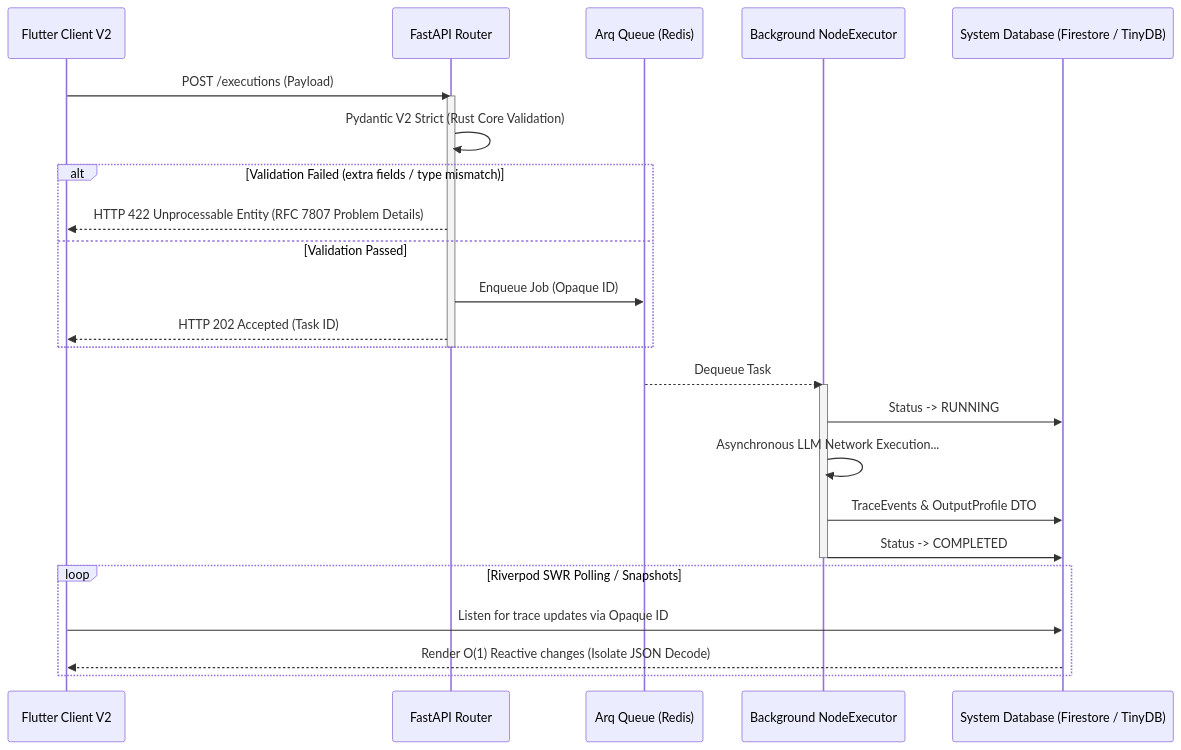
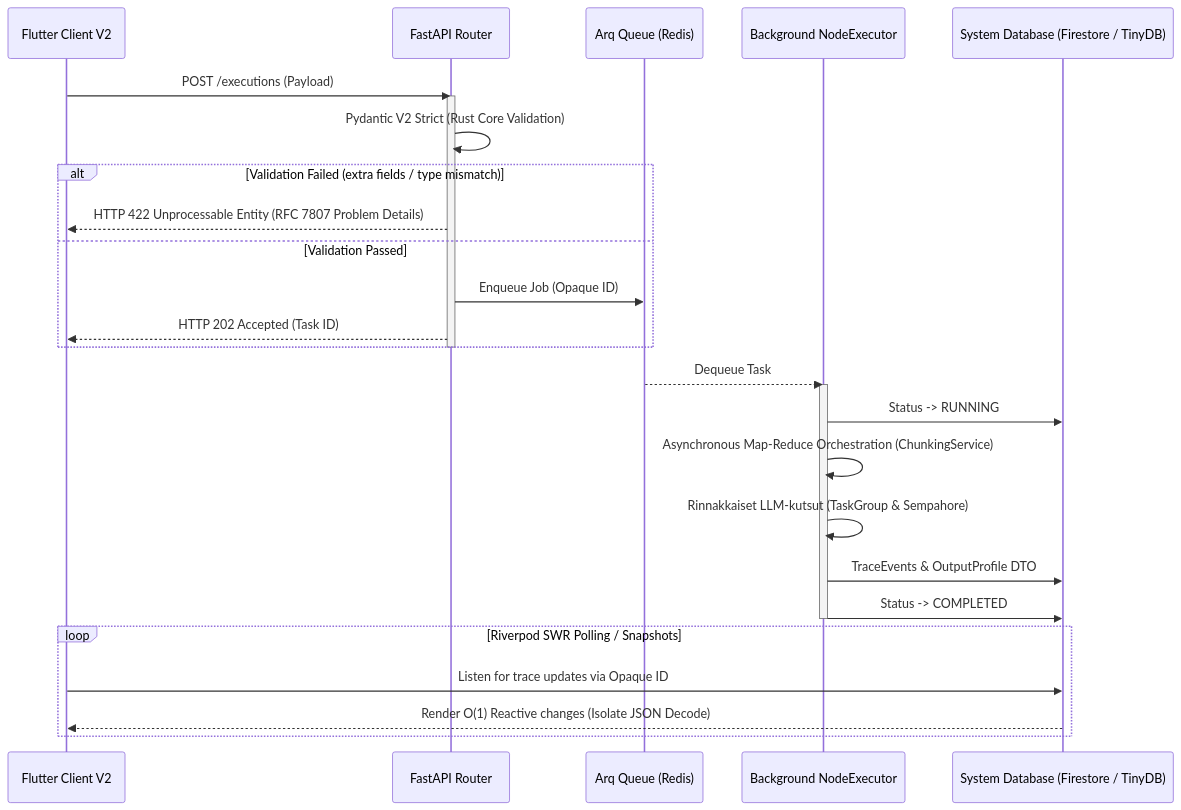
Before and after one commit to launis/quorum: the diagram in docs/architecture/01_backend_api_and_core.md, drawn with Mermaid. The commit also changed other lines of this file and 33 other files, not shown here.

````diff
--- a/docs/architecture/01_backend_api_and_core.md
+++ b/docs/architecture/01_backend_api_and_core.md
@@ -9,33 +9,34 @@
 ```mermaid
 sequenceDiagram
     participant UI as Flutter Client V2
     participant API as FastAPI Router
     participant Redis as Arq Queue (Redis)
     participant Worker as Background NodeExecutor
     participant DB as System Database (Firestore / TinyDB)
 
     UI->>API: POST /executions (Payload)
     activate API
     API->>API: Pydantic V2 Strict (Rust Core Validation)
     
     alt Validation Failed (extra fields / type mismatch)
         API-->>UI: HTTP 422 Unprocessable Entity (RFC 7807 Problem Details)
     else Validation Passed
         API->>Redis: Enqueue Job (Opaque ID)
         API-->>UI: HTTP 202 Accepted (Task ID)
     end
     deactivate API
 
     Redis-->>Worker: Dequeue Task
     activate Worker
     Worker->>DB: Status -> RUNNING
-    Worker->>Worker: Asynchronous LLM Network Execution...
+    Worker->>Worker: Asynchronous Map-Reduce Orchestration (ChunkingService)
+    Worker->>Worker: Rinnakkaiset LLM-kutsut (TaskGroup & Sempahore)
     Worker->>DB: TraceEvents & OutputProfile DTO
     Worker->>DB: Status -> COMPLETED
     deactivate Worker
 
     loop Riverpod SWR Polling / Snapshots
         UI->>DB: Listen for trace updates via Opaque ID
         DB-->>UI: Render O(1) Reactive changes (Isolate JSON Decode)
     end
 ```
````
